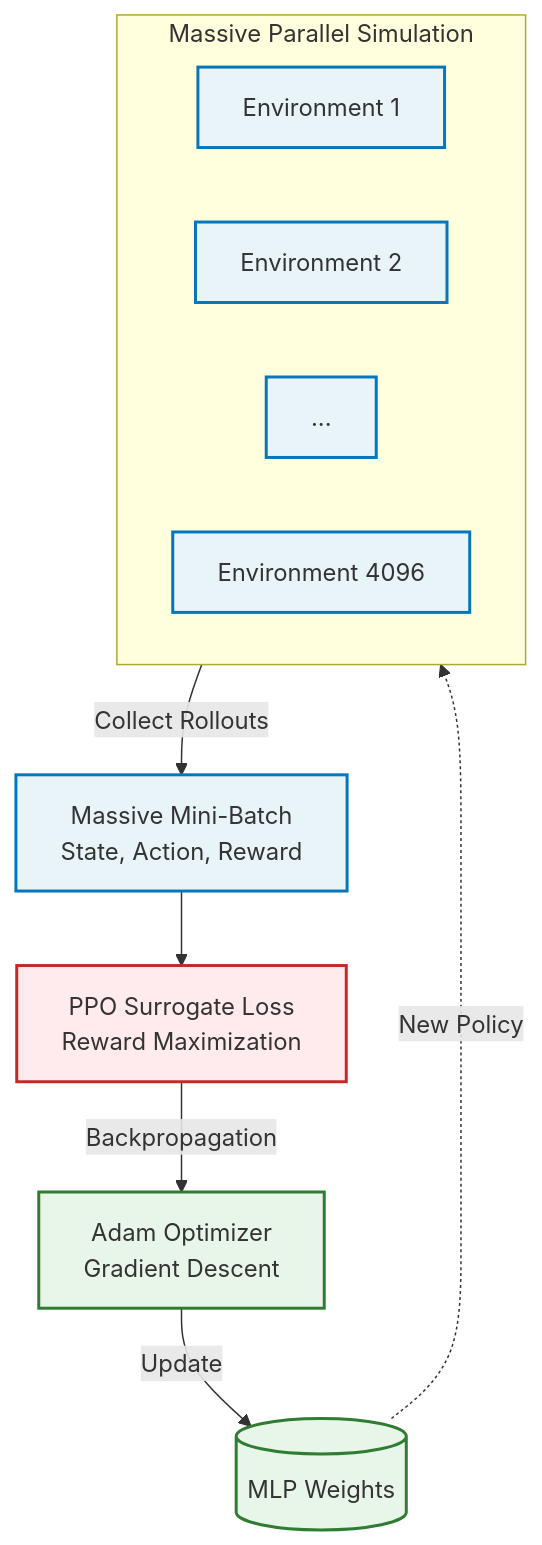
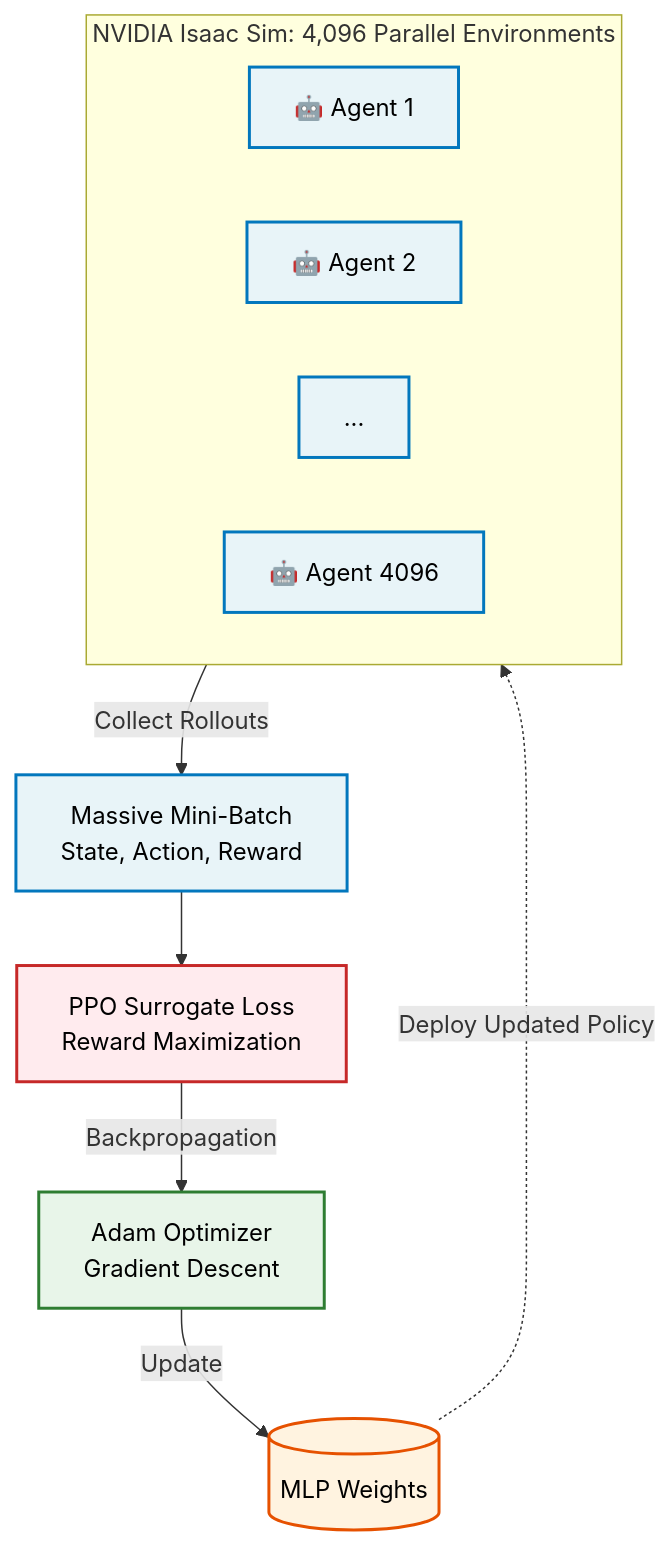
Before and after one commit to Glen02lee/isaac-go2-rl-training: the second of 2 diagrams in README.md, drawn with Mermaid.

Commit message:
docs: Improve Massive Parallel Simulation diagram layout in Chapter 8

````diff
--- a/README.md
+++ b/README.md
@@ -102,25 +102,27 @@
 ```mermaid
 flowchart TD
     %% Styling
-    classDef env fill:#e8f4f8,stroke:#0277bd,stroke-width:2px;
-    classDef opt fill:#e8f5e9,stroke:#2e7d32,stroke-width:2px;
-    classDef loss fill:#ffebee,stroke:#c62828,stroke-width:2px;
+    classDef env fill:#e8f4f8,stroke:#0277bd,stroke-width:2px,color:#000;
+    classDef opt fill:#e8f5e9,stroke:#2e7d32,stroke-width:2px,color:#000;
+    classDef loss fill:#ffebee,stroke:#c62828,stroke-width:2px,color:#000;
+    classDef weight fill:#fff3e0,stroke:#e65100,stroke-width:2px,color:#000;
 
-    subgraph Isaac_Sim [Massive Parallel Simulation]
-        E1[Environment 1]:::env
-        E2[Environment 2]:::env
-        E_Dots[...]:::env
-        E4096[Environment 4096]:::env
+    subgraph Isaac_Sim [NVIDIA Isaac Sim: 4,096 Parallel Environments]
+        direction LR
+        R1[🤖 Agent 1]:::env
+        R2[🤖 Agent 2]:::env
+        Rdots[...]:::env
+        Rn[🤖 Agent 4096]:::env
     end
 
     Batch[Massive Mini-Batch<br>State, Action, Reward]:::env
     Loss[PPO Surrogate Loss<br>Reward Maximization]:::loss
     Adam[Adam Optimizer<br>Gradient Descent]:::opt
-    Weights[(MLP Weights)]:::opt
+    Weights[(MLP Weights)]:::weight
 
     Isaac_Sim -->|Collect Rollouts| Batch
     Batch --> Loss
     Loss -->|Backpropagation| Adam
     Adam -->|Update| Weights
-    Weights -.->|New Policy| Isaac_Sim
+    Weights -.->|Deploy Updated Policy| Isaac_Sim
 ```
````
